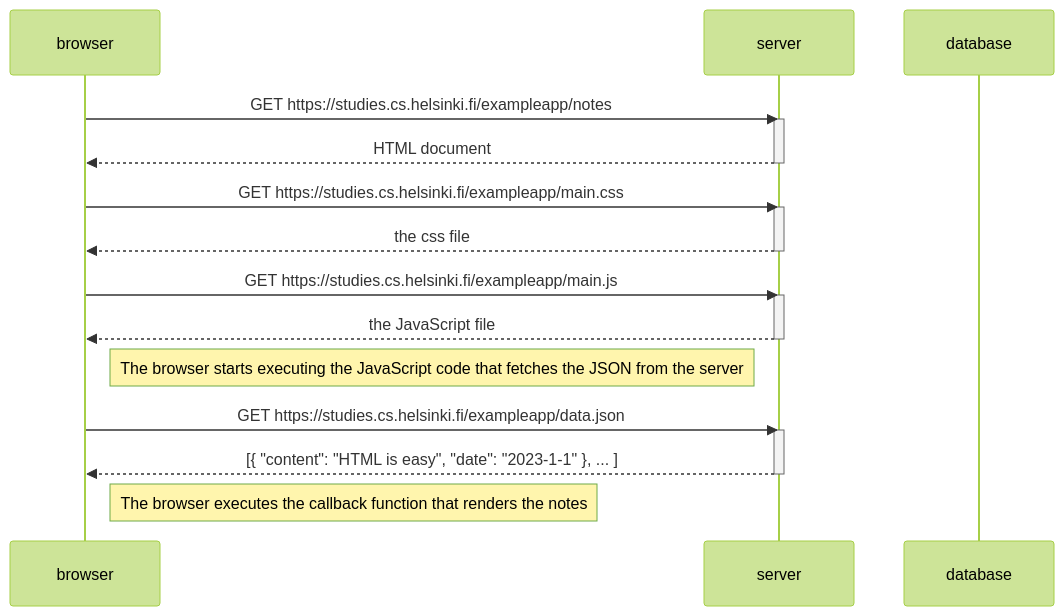
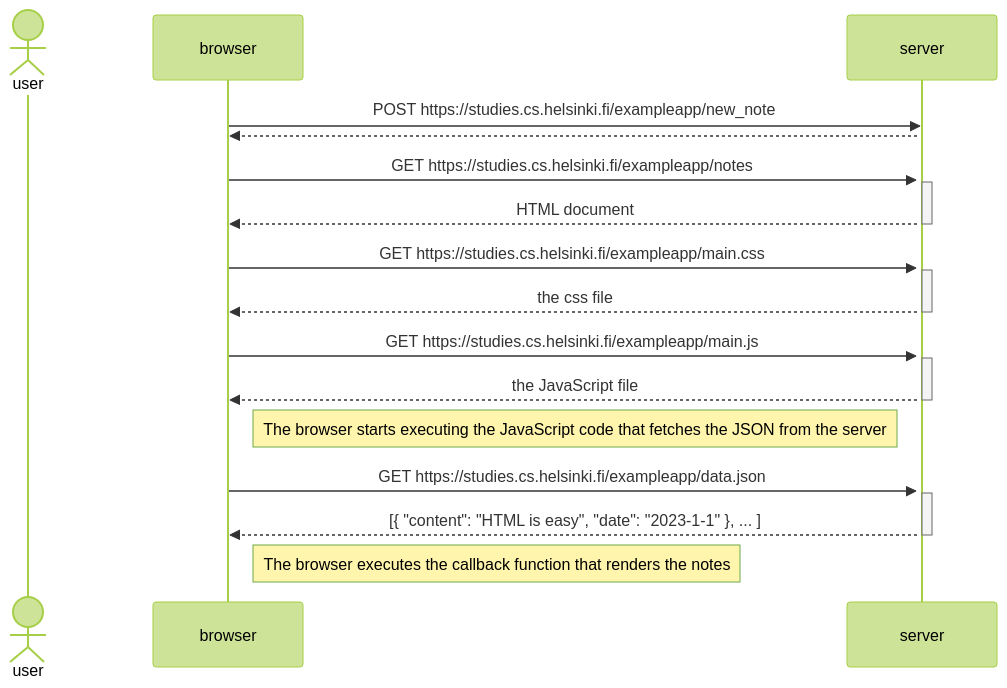
The diagram in m0/ex4.mmd (YuriiLevchuk/uoh-fs-course), drawn with Mermaid (forest theme) before and after one commit.

```diff
--- a/m0/ex4.mmd
+++ b/m0/ex4.mmd
@@ -1,28 +1,32 @@
 sequenceDiagram
+    actor user
     participant browser
     participant server
-    participant database
+
+    browser->>server: POST https://studies.cs.helsinki.fi/exampleapp/new_note
+    activate server
+    server -->>browser: 
 
     browser->>server: GET https://studies.cs.helsinki.fi/exampleapp/notes
     activate server
     server-->>browser: HTML document
     deactivate server
 
     browser->>server: GET https://studies.cs.helsinki.fi/exampleapp/main.css
     activate server
     server-->>browser: the css file
     deactivate server
 
     browser->>server: GET https://studies.cs.helsinki.fi/exampleapp/main.js
     activate server
     server-->>browser: the JavaScript file
     deactivate server
 
     Note right of browser: The browser starts executing the JavaScript code that fetches the JSON from the server
 
     browser->>server: GET https://studies.cs.helsinki.fi/exampleapp/data.json
     activate server
     server-->>browser: [{ "content": "HTML is easy", "date": "2023-1-1" }, ... ]
     deactivate server
 
     Note right of browser: The browser executes the callback function that renders the notes
```
